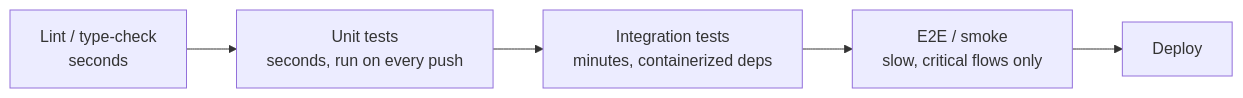
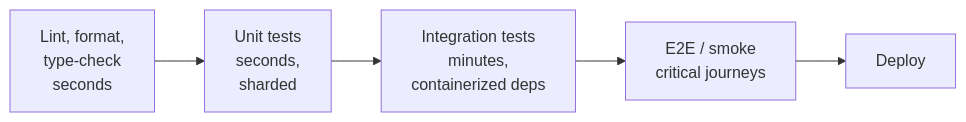
One commit to AndrewAltimit/Documentation changed the fourth of 5 diagrams in github-pages/docs/testing/unit-and-integration.md. Above: the diagram before and after it, drawn with Mermaid. The commit also changed other lines of this file and 240 other files, not shown here.

````diff
--- a/github-pages/docs/testing/unit-and-integration.md
+++ b/github-pages/docs/testing/unit-and-integration.md
@@ -317,7 +374,7 @@
 ```mermaid
 flowchart LR
-    Lint["Lint / type-check<br/>seconds"] --> Unit["Unit tests<br/>seconds, run on every push"]
-    Unit --> Int["Integration tests<br/>minutes, containerized deps"]
-    Int --> E2E["E2E / smoke<br/>slow, critical flows only"]
+    Lint["Lint, format,<br/>type-check<br/>seconds"] --> Unit["Unit tests<br/>seconds,<br/>sharded"]
+    Unit --> Int["Integration tests<br/>minutes,<br/>containerized deps"]
+    Int --> E2E["E2E / smoke<br/>critical journeys"]
     E2E --> Deploy["Deploy"]
 ```
````
